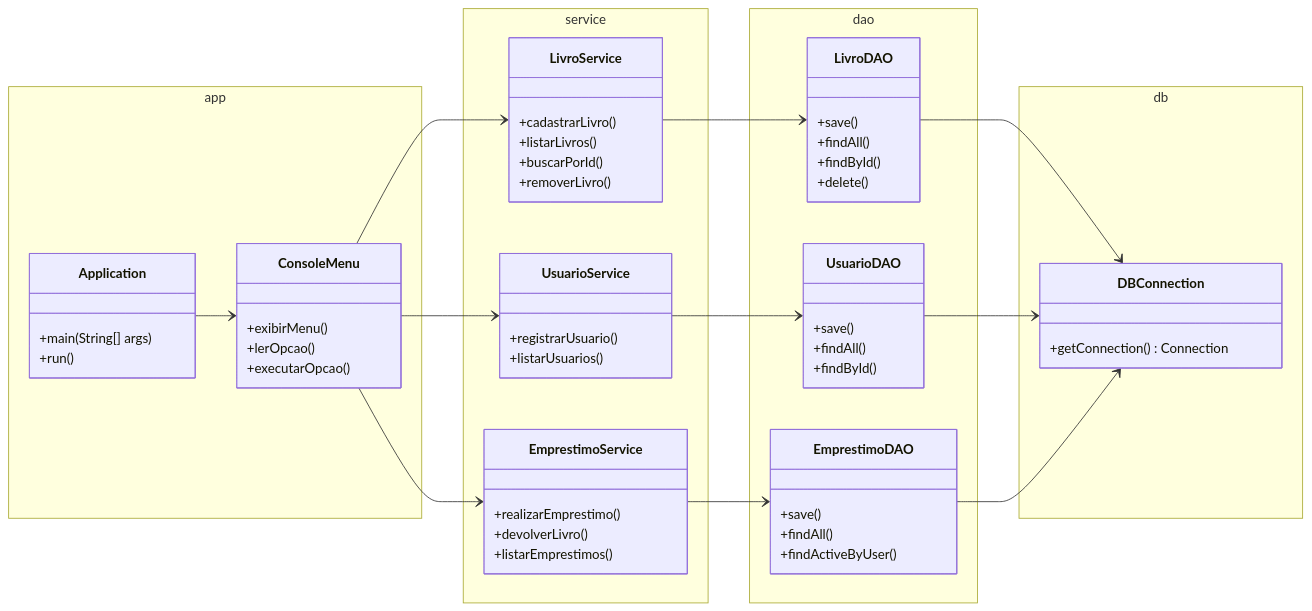
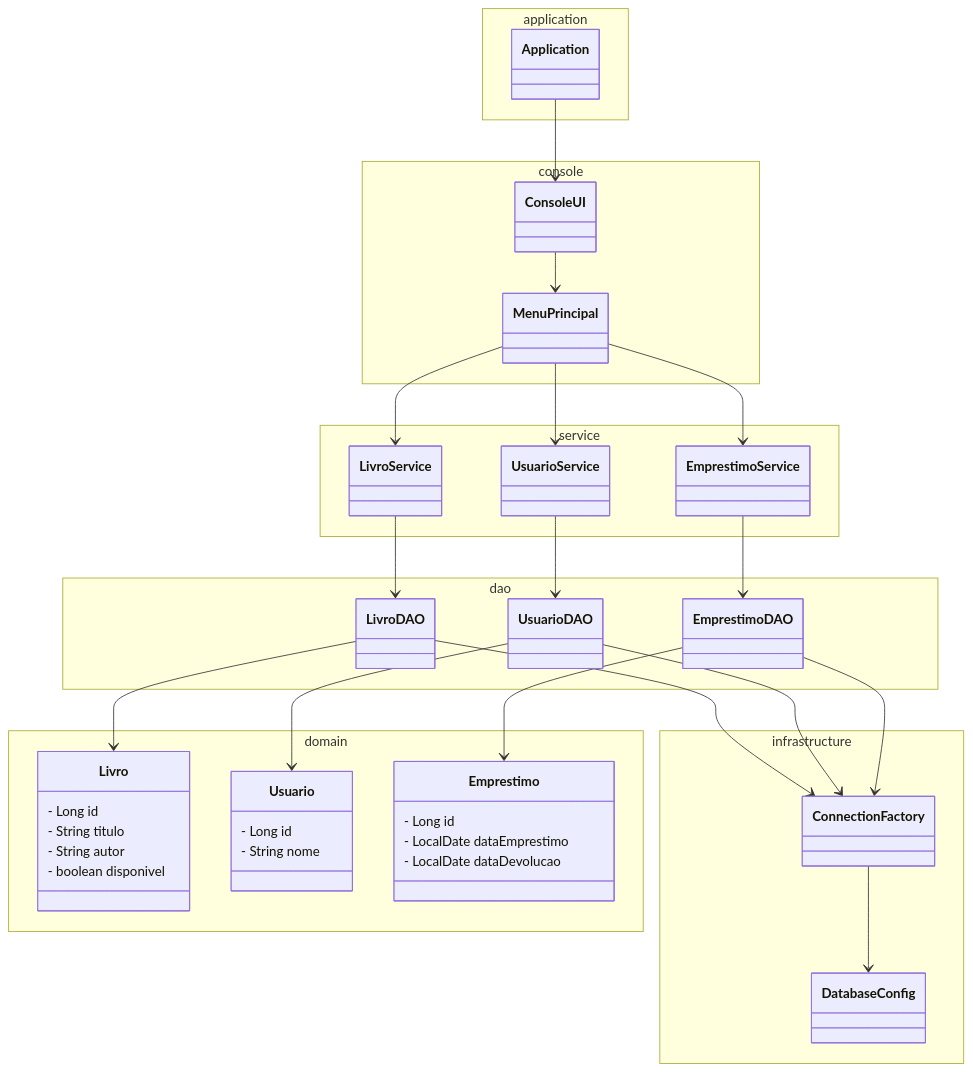
Before and after one commit to javajdk2023/j2: the diagram in README.md, drawn with Mermaid. The commit also changed other lines of this file, not shown here.

Commit message:
Update README with system organization diagram

````diff
--- a/README.md
+++ b/README.md
@@ -252,79 +252,92 @@
 ```mermaid
 classDiagram
-direction LR
 
-namespace app {
-    class Application {
-        +main(String[] args)
-        +run()
+%% =======================
+%% APPLICATION
+%% =======================
+namespace application {
+    class Application
+}
+
+%% =======================
+%% CONSOLE
+%% =======================
+namespace console {
+    class ConsoleUI
+    class MenuPrincipal
+}
+
+%% =======================
+%% DOMAIN
+%% =======================
+namespace domain {
+    class Livro {
+        - Long id
+        - String titulo
+        - String autor
+        - boolean disponivel
     }
 
-    class ConsoleMenu {
-        +exibirMenu()
-        +lerOpcao()
-        +executarOpcao()
+    class Usuario {
+        - Long id
+        - String nome
+    }
+
+    class Emprestimo {
+        - Long id
+        - LocalDate dataEmprestimo
+        - LocalDate dataDevolucao
     }
 }
 
+%% =======================
+%% SERVICE
+%% =======================
 namespace service {
-    class LivroService {
-        +cadastrarLivro()
-        +listarLivros()
-        +buscarPorId()
-        +removerLivro()
-    }
-
-    class UsuarioService {
-        +registrarUsuario()
-        +listarUsuarios()
-    }
-
-    class EmprestimoService {
-        +realizarEmprestimo()
-        +devolverLivro()
-        +listarEmprestimos()
-    }
+    class LivroService
+    class UsuarioService
+    class EmprestimoService
 }
 
+%% =======================
+%% DAO
+%% =======================
 namespace dao {
-    class LivroDAO {
-        +save()
-        +findAll()
-        +findById()
-        +delete()
-    }
-
-    class UsuarioDAO {
-        +save()
-        +findAll()
-        +findById()
-    }
-
-    class EmprestimoDAO {
-        +save()
-        +findAll()
-        +findActiveByUser()
-    }
+    class LivroDAO
+    class UsuarioDAO
+    class EmprestimoDAO
 }
 
-namespace db {
-    class DBConnection {
-        +getConnection() Connection
-    }
+%% =======================
+%% INFRASTRUCTURE / DB
+%% =======================
+namespace infrastructure {
+    class DatabaseConfig
+    class ConnectionFactory
 }
 
-%% --- RELAÇÕES ---
-Application --> ConsoleMenu
+%% =======================
+%% RELACIONAMENTOS
+%% =======================
+Application --> ConsoleUI
+ConsoleUI --> MenuPrincipal
 
-ConsoleMenu --> LivroService
-ConsoleMenu --> UsuarioService
-ConsoleMenu --> EmprestimoService
+MenuPrincipal --> LivroService
+MenuPrincipal --> UsuarioService
+MenuPrincipal --> EmprestimoService
 
 LivroService --> LivroDAO
 UsuarioService --> UsuarioDAO
 EmprestimoService --> EmprestimoDAO
 
-LivroDAO --> DBConnection
-UsuarioDAO --> DBConnection
-EmprestimoDAO --> DBConnection
+LivroDAO --> Livro
+UsuarioDAO --> Usuario
+EmprestimoDAO --> Emprestimo
+
+LivroDAO --> ConnectionFactory
+UsuarioDAO --> ConnectionFactory
+EmprestimoDAO --> ConnectionFactory
+
+ConnectionFactory --> DatabaseConfig
+
 ```
````
